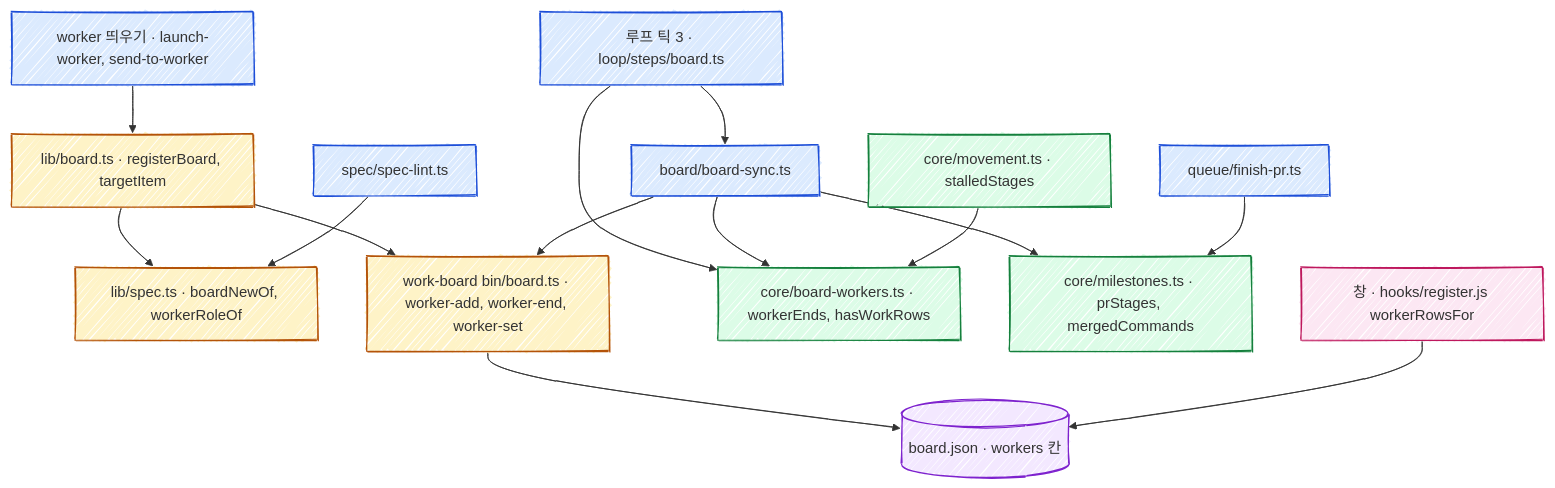
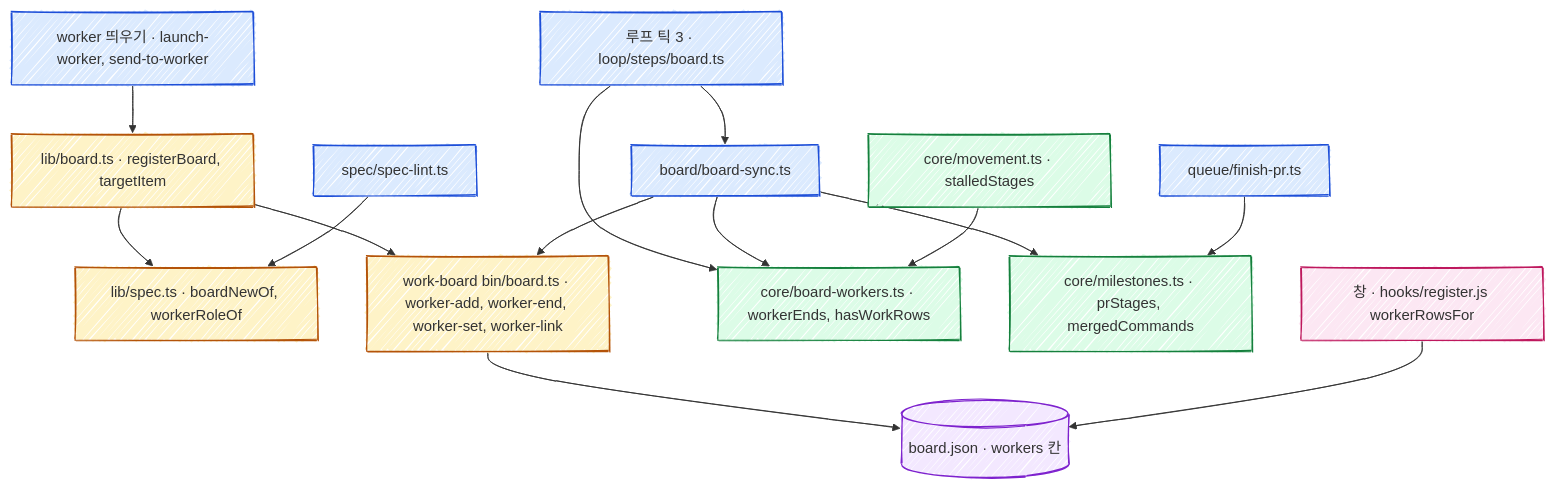
One commit to jon890/fos-skills changed the diagram in docs/features/board-item-workers/design.md. Above: the diagram before and after it, drawn with Mermaid. The commit also changed other lines of this file and 9 other files, not shown here.

First line of the commit message:
fix(work-board): 줄의 PR 과 항목 pr 칸을 worker-link 하나로 함께 쓴다

````diff
--- a/docs/features/board-item-workers/design.md
+++ b/docs/features/board-item-workers/design.md
@@ -23,30 +23,30 @@
 ```mermaid
 ---
 config:
   look: handDrawn
 ---
 flowchart TD
     L["worker 띄우기 · launch-worker, send-to-worker"] --> R["lib/board.ts · registerBoard, targetItem"]
     R --> S["lib/spec.ts · boardNewOf, workerRoleOf"]
-    R --> B["work-board bin/board.ts · worker-add, worker-end, worker-set"]
+    R --> B["work-board bin/board.ts · worker-add, worker-end, worker-set, worker-link"]
     T["루프 틱 3 · loop/steps/board.ts"] --> E["core/board-workers.ts · workerEnds, hasWorkRows"]
     T --> Y["board/board-sync.ts"]
     Y --> E
     Y --> M["core/milestones.ts · prStages, mergedCommands"]
     F["queue/finish-pr.ts"] --> M
     Y --> B
     V["core/movement.ts · stalledStages"] --> E
     B --> J[("board.json · workers 칸")]
     P["창 · hooks/register.js workerRowsFor"] --> J
     K["spec/spec-lint.ts"] --> S
     classDef cmd fill:#dbeafe,stroke:#1d4ed8
     classDef core fill:#dcfce7,stroke:#15803d
     classDef lib fill:#fef3c7,stroke:#b45309
     classDef data fill:#f3e8ff,stroke:#7e22ce
     classDef view fill:#fce7f3,stroke:#be185d
     class L,T,Y,F,K cmd
     class E,M,V core
     class R,S,B lib
     class J data
     class P view
 ```
````
